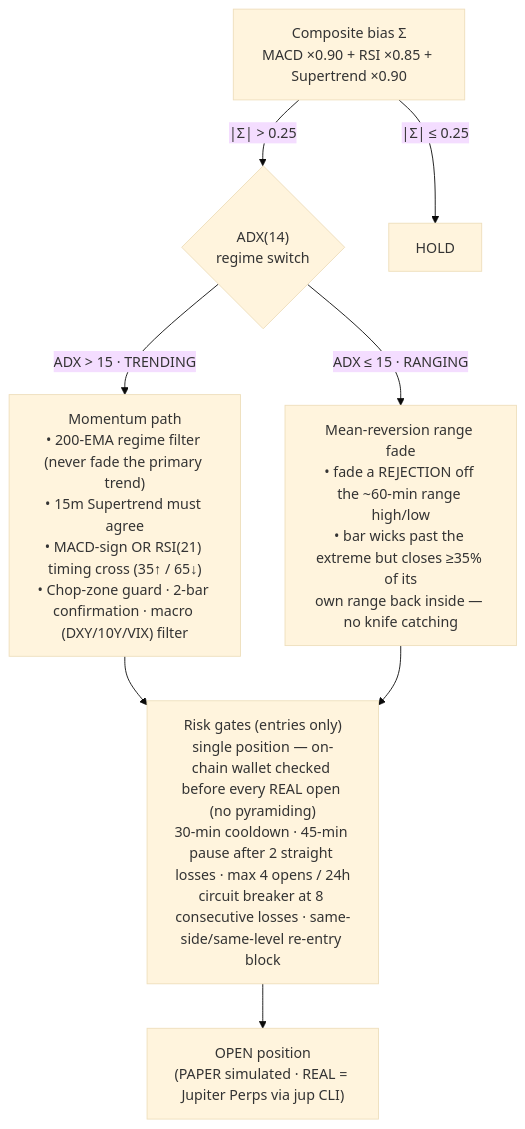
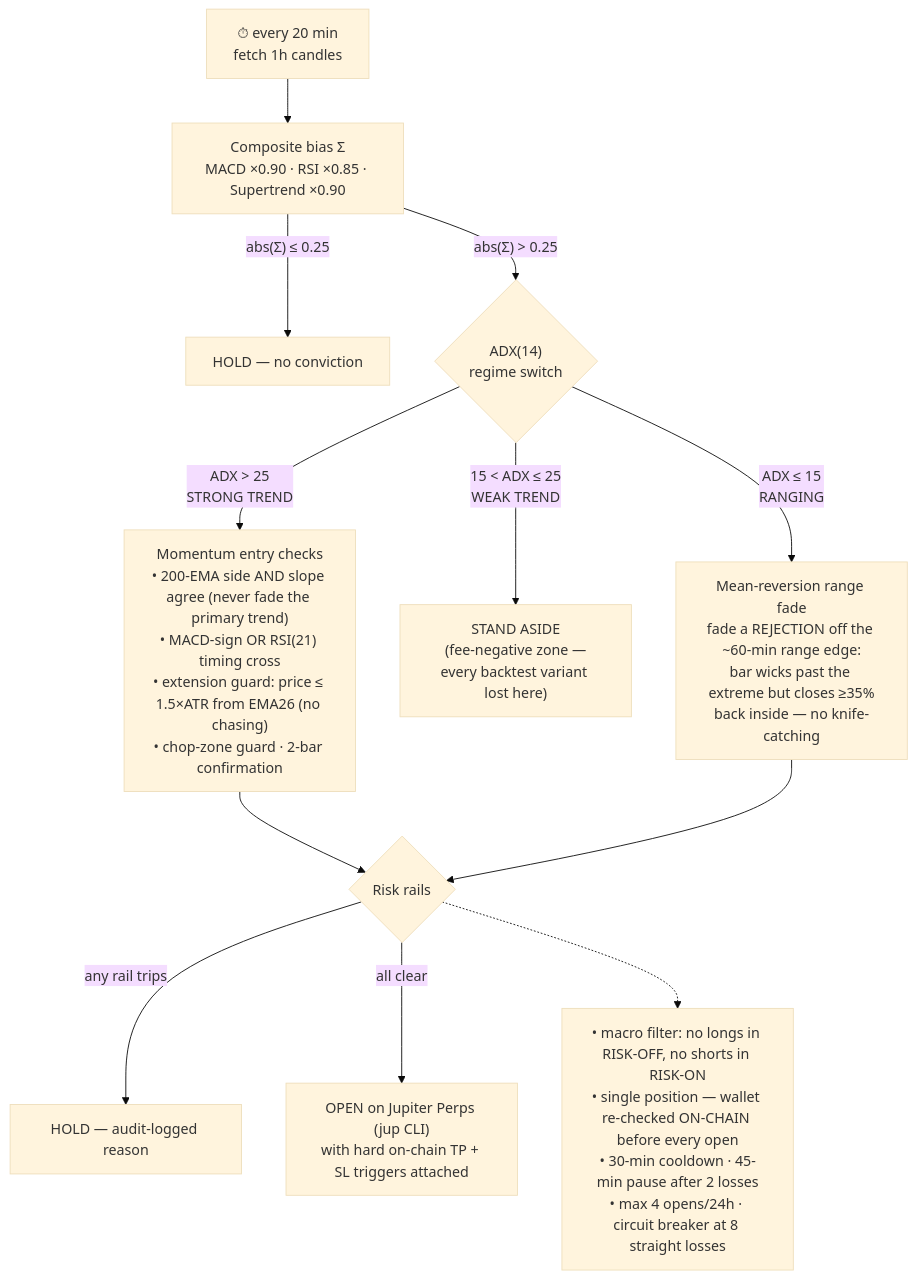
One commit to shahshawaiz/Solana-Trade-Classifier changed the first of 2 diagrams in README.md. Above: the diagram before and after it, drawn with Mermaid (base theme). The commit also changed other lines of this file and 1 other file, not shown here.

First line of the commit message:
Rewrite README around strategy diagrams and timeframe roles

````diff
--- a/README.md
+++ b/README.md
@@ -23,10 +59,17 @@
 ```mermaid
 flowchart TD
-    A["Composite bias Σ<br/>MACD ×0.90 + RSI ×0.85 + Supertrend ×0.90"] -->|"|Σ| > 0.25"| B{"ADX(14)<br/>regime switch"}
-    A -->|"|Σ| ≤ 0.25"| H1[HOLD]
-    B -->|"ADX > 15 · TRENDING"| C["Momentum path<br/>• 200-EMA regime filter (never fade the primary trend)<br/>• 15m Supertrend must agree<br/>• MACD-sign OR RSI(21) timing cross (35↑ / 65↓)<br/>• Chop-zone guard · 2-bar confirmation · macro (DXY/10Y/VIX) filter"]
-    B -->|"ADX ≤ 15 · RANGING"| D["Mean-reversion range fade<br/>• fade a REJECTION off the ~60-min range high/low<br/>• bar wicks past the extreme but closes ≥35% of its<br/>own range back inside — no knife catching"]
-    C --> E["Risk gates (entries only)<br/>single position — on-chain wallet checked before every REAL open (no pyramiding)<br/>30-min cooldown · 45-min pause after 2 straight losses · max 4 opens / 24h<br/>circuit breaker at 8 consecutive losses · same-side/same-level re-entry block"]
+    T["⏱ every 20 min<br/>fetch 1h candles"] --> A["Composite bias Σ<br/>MACD ×0.90 · RSI ×0.85 · Supertrend ×0.90"]
+    A -->|"abs(Σ) ≤ 0.25"| H1["HOLD — no conviction"]
+    A -->|"abs(Σ) > 0.25"| B{"ADX(14)<br/>regime switch"}
+
+    B -->|"ADX ≤ 15<br/>RANGING"| D["Mean-reversion range fade<br/>fade a REJECTION off the ~60-min range edge:<br/>bar wicks past the extreme but closes ≥35%<br/>back inside — no knife-catching"]
+    B -->|"15 < ADX ≤ 25<br/>WEAK TREND"| H2["STAND ASIDE<br/>(fee-negative zone —<br/>every backtest variant lost here)"]
+    B -->|"ADX > 25<br/>STRONG TREND"| C["Momentum entry checks<br/>• 200-EMA side AND slope agree (never fade the primary trend)<br/>• MACD-sign OR RSI(21) timing cross<br/>• extension guard: price ≤ 1.5×ATR from EMA26 (no chasing)<br/>• chop-zone guard · 2-bar confirmation"]
+
+    C --> E{"Risk rails"}
     D --> E
-    E --> F["OPEN position<br/>(PAPER simulated · REAL = Jupiter Perps via jup CLI)"]
+    E -->|"any rail trips"| H3["HOLD — audit-logged reason"]
+    E -->|"all clear"| F["OPEN on Jupiter Perps (jup CLI)<br/>with hard on-chain TP + SL triggers attached"]
+
+    E -.-> R["• macro filter: no longs in RISK-OFF, no shorts in RISK-ON<br/>• single position — wallet re-checked ON-CHAIN before every open<br/>• 30-min cooldown · 45-min pause after 2 losses<br/>• max 4 opens/24h · circuit breaker at 8 straight losses"]
 ```
````
